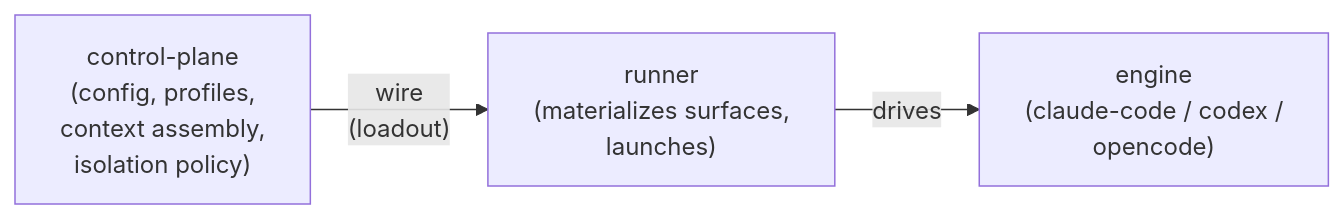
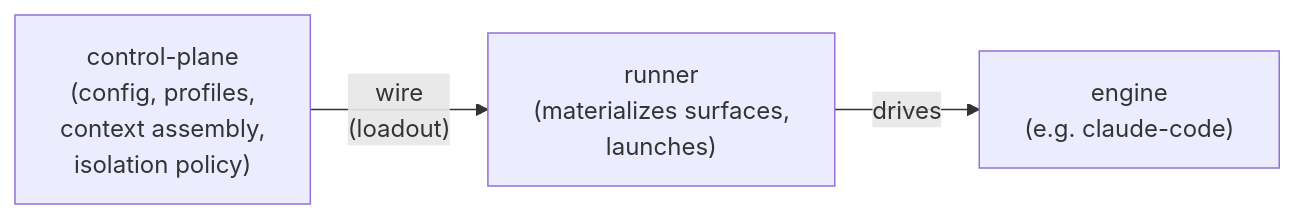
One commit to ctxloom/ctxloom changed the first of 5 diagrams in website/src/content/docs/concepts/architecture.md. Above: the diagram before and after it, drawn with Mermaid. The commit also changed other lines of this file and 16 other files, not shown here.

First line of the commit message:
docs(website): stop presenting codex, opencode and antigravity as engines

````diff
--- a/website/src/content/docs/concepts/architecture.md
+++ b/website/src/content/docs/concepts/architecture.md
@@ -30,5 +30,5 @@
 ```mermaid
 flowchart LR
     CP["control-plane<br/>(config, profiles,<br/>context assembly,<br/>isolation policy)"] -->|"wire<br/>(loadout)"| R["runner<br/>(materializes surfaces,<br/>launches)"]
-    R -->|drives| E["engine<br/>(claude-code / codex /<br/>opencode)"]
+    R -->|drives| E["engine<br/>(e.g. claude-code)"]
 ```
````
